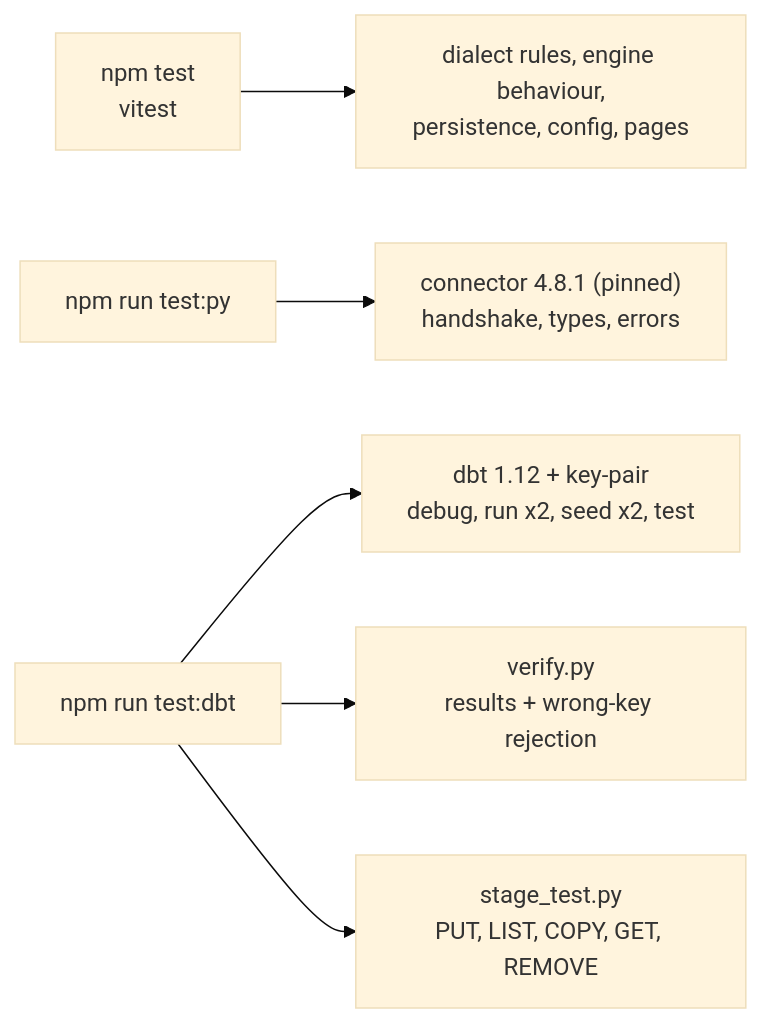
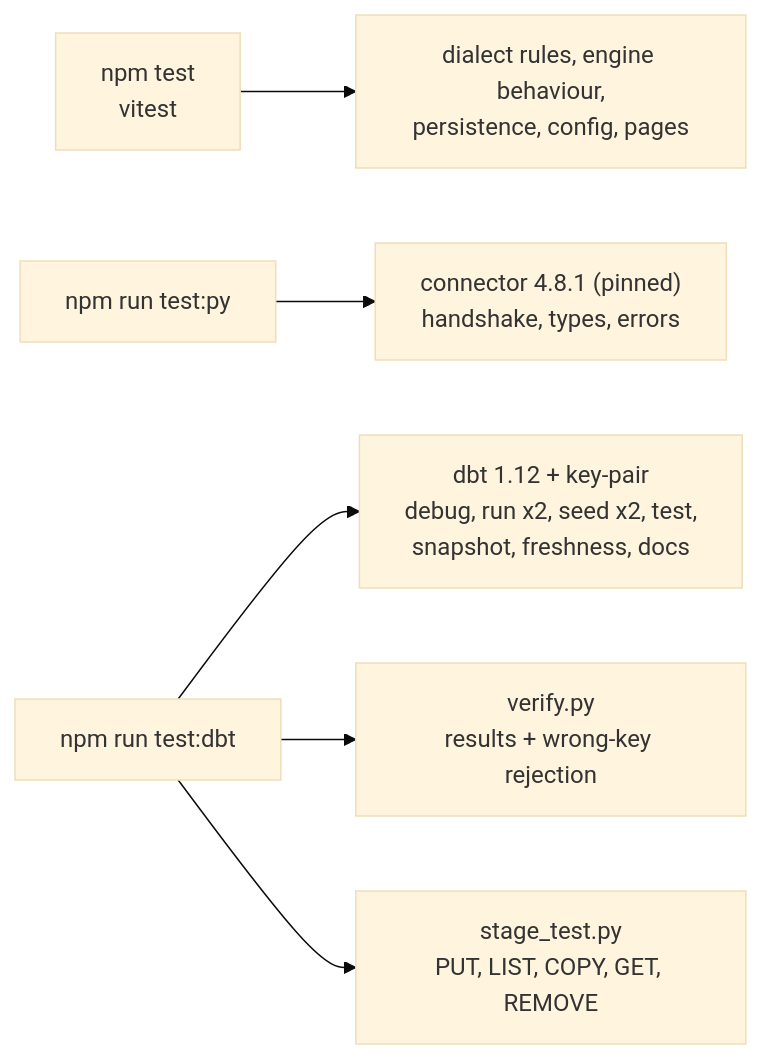
Before and after one commit to sri369c/SnowTest: the sixth of 6 diagrams in docs/design.md, drawn with Mermaid (base theme). The commit also changed other lines of this file and 13 other files, not shown here.

````diff
--- a/docs/design.md
+++ b/docs/design.md
@@ -441,8 +439,8 @@
 ```mermaid
 flowchart LR
   A["npm test<br/>vitest"] --> A1["dialect rules, engine behaviour,<br/>persistence, config, pages"]
   B["npm run test:py"] --> B1["connector 4.8.1 (pinned)<br/>handshake, types, errors"]
-  C["npm run test:dbt"] --> C1["dbt 1.12 + key-pair<br/>debug, run x2, seed x2, test"]
+  C["npm run test:dbt"] --> C1["dbt 1.12 + key-pair<br/>debug, run x2, seed x2, test,<br/>snapshot, freshness, docs"]
   C --> C2["verify.py<br/>results + wrong-key rejection"]
   C --> C3["stage_test.py<br/>PUT, LIST, COPY, GET, REMOVE"]
 ```
````
